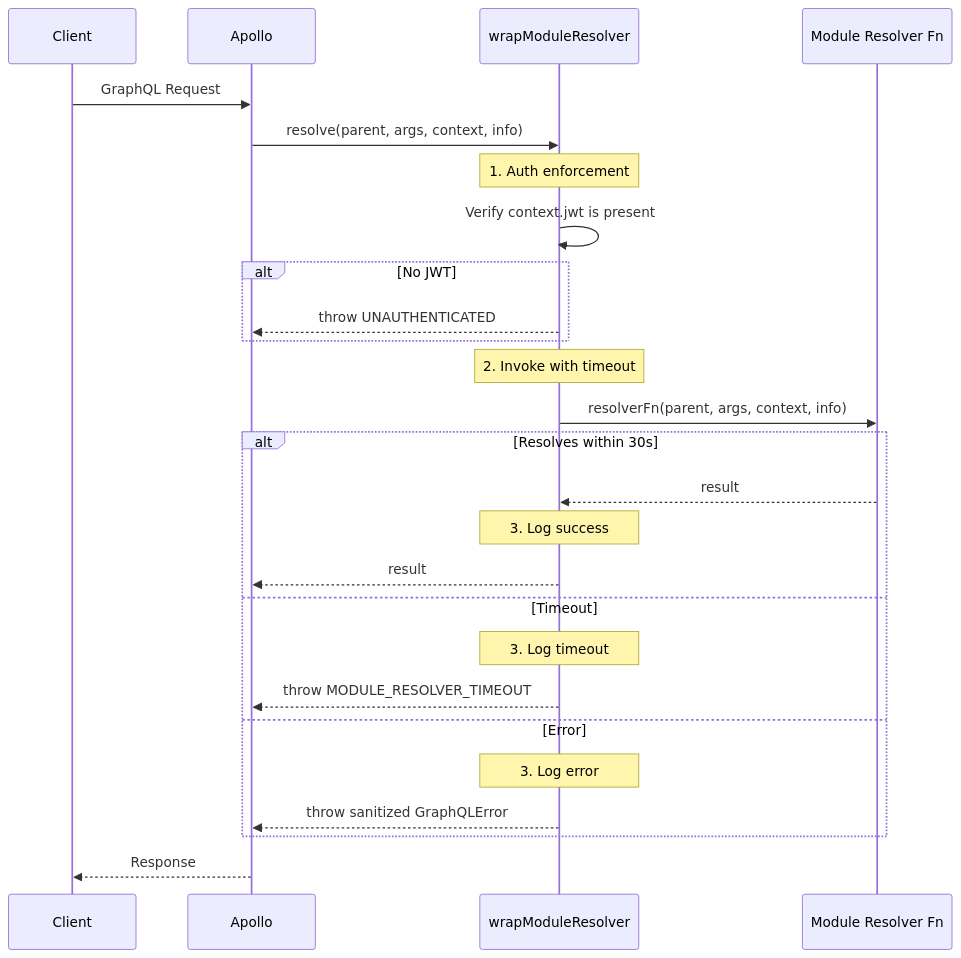
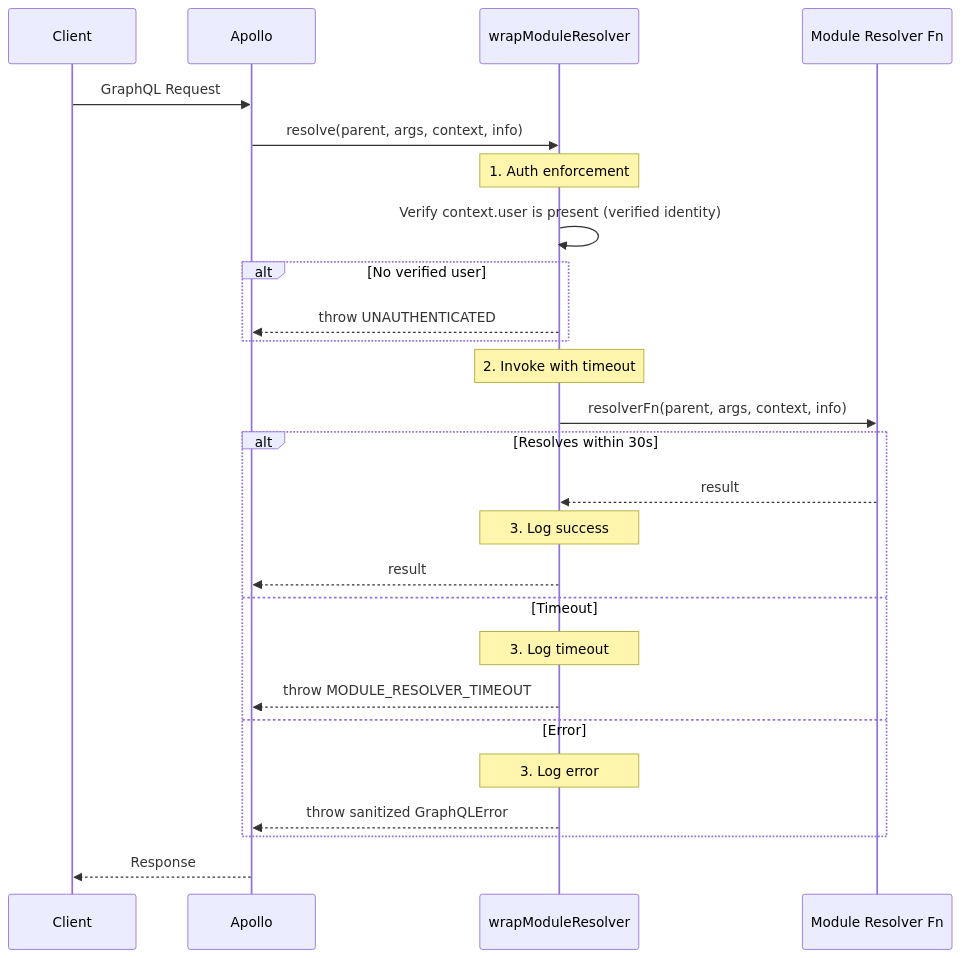
Before and after one commit to dether-net/dethernety-oss: the second of 2 diagrams in docs/architecture/backend/LLD/MODULE_CUSTOM_RESOLVERS.md, drawn with Mermaid. The commit also changed other lines of this file and 80 other files, not shown here.

````diff
--- a/docs/architecture/backend/LLD/MODULE_CUSTOM_RESOLVERS.md
+++ b/docs/architecture/backend/LLD/MODULE_CUSTOM_RESOLVERS.md
@@ -517,33 +517,33 @@
 ```mermaid
 sequenceDiagram
     participant Client
     participant Apollo
     participant Wrapper as wrapModuleResolver
     participant Module as Module Resolver Fn
 
     Client->>Apollo: GraphQL Request
     Apollo->>Wrapper: resolve(parent, args, context, info)
 
     Note over Wrapper: 1. Auth enforcement
-    Wrapper->>Wrapper: Verify context.jwt is present
-    alt No JWT
+    Wrapper->>Wrapper: Verify context.user is present (verified identity)
+    alt No verified user
         Wrapper-->>Apollo: throw UNAUTHENTICATED
     end
 
     Note over Wrapper: 2. Invoke with timeout
     Wrapper->>Module: resolverFn(parent, args, context, info)
 
     alt Resolves within 30s
         Module-->>Wrapper: result
         Note over Wrapper: 3. Log success
         Wrapper-->>Apollo: result
     else Timeout
         Note over Wrapper: 3. Log timeout
         Wrapper-->>Apollo: throw MODULE_RESOLVER_TIMEOUT
     else Error
         Note over Wrapper: 3. Log error
         Wrapper-->>Apollo: throw sanitized GraphQLError
     end
 
     Apollo-->>Client: Response
 ```
````
